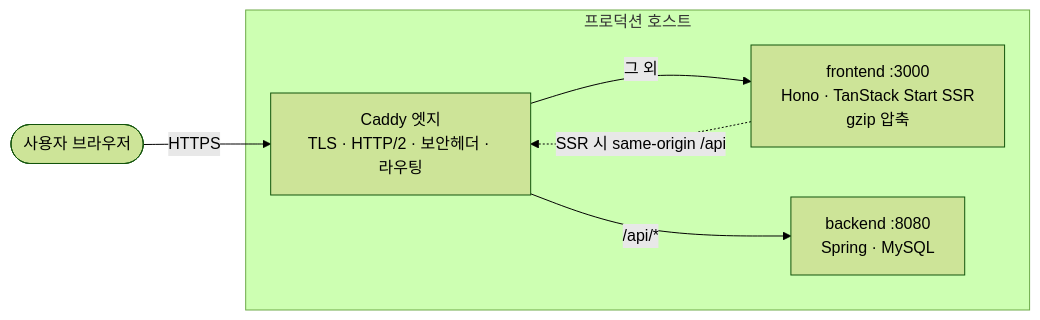
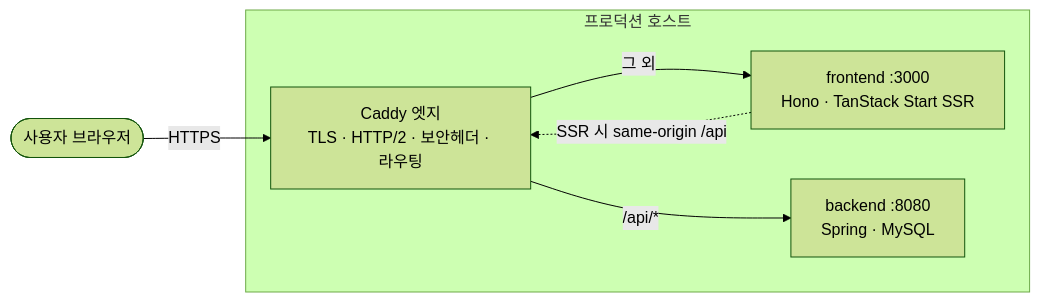
The first of 2 diagrams in README.md (wafflestudio/cse.snu.ac.kr), drawn with Mermaid (forest theme) before and after one commit. The commit also changed other lines of this file and 23 other files, not shown here.

````diff
--- a/README.md
+++ b/README.md
@@ -75,13 +44,13 @@
 ```mermaid
 flowchart LR
   user(["사용자 브라우저"])
   subgraph prod["프로덕션 호스트"]
     edge["Caddy 엣지<br/>TLS · HTTP/2 · 보안헤더 · 라우팅"]
-    fe["frontend :3000<br/>Hono · TanStack Start SSR<br/>gzip 압축"]
+    fe["frontend :3000<br/>Hono · TanStack Start SSR"]
     be["backend :8080<br/>Spring · MySQL"]
   end
   user -->|HTTPS| edge
   edge -->|"그 외"| fe
   edge -->|"/api/*"| be
   fe -. "SSR 시 same-origin /api" .-> edge
 ```
````
